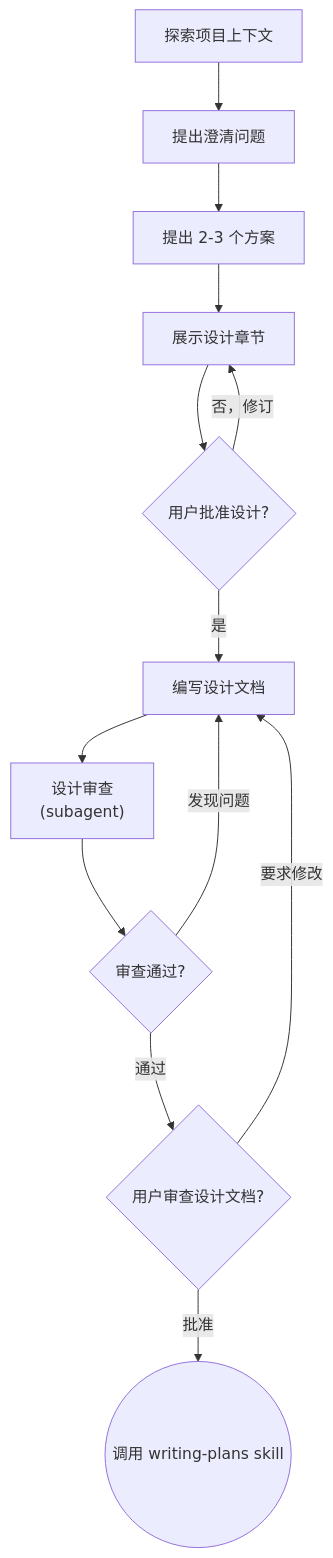
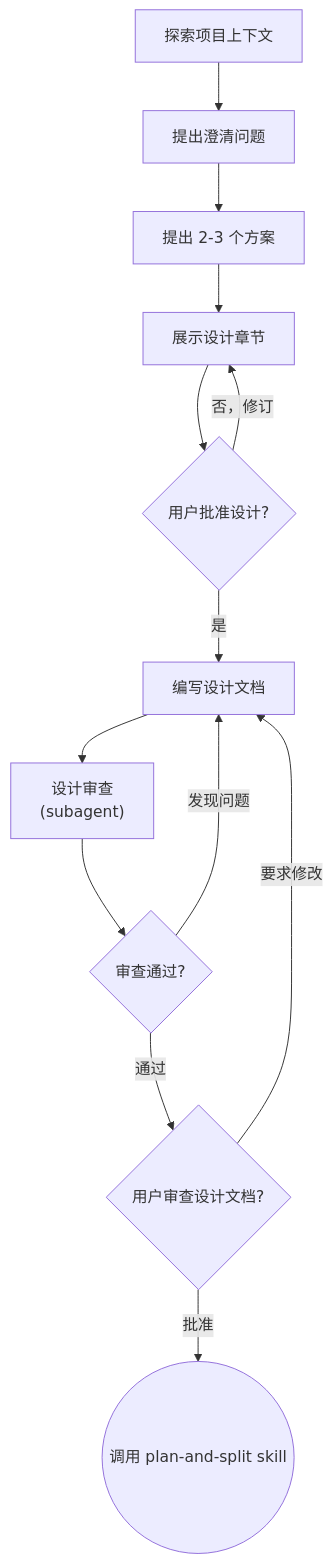
Before and after one commit to BaiduComate/mission-flow: the diagram in skills/think-and-design/SKILL.md, drawn with Mermaid. The commit also changed other lines of this file and 2 other files, not shown here.

Commit message:
ref: update plan-and-split

````diff
--- a/skills/think-and-design/SKILL.md
+++ b/skills/think-and-design/SKILL.md
@@ -86,15 +86,15 @@
 ```mermaid
 flowchart TD
     A[探索项目上下文] --> B[提出澄清问题]
     B --> C[提出 2-3 个方案]
     C --> D[展示设计章节]
     D --> E{用户批准设计?}
     E -->|"否，修订"| D
     E -->|是| F[编写设计文档]
     F --> G["设计审查<br/>(subagent)"]
     G --> G2{审查通过?}
     G2 -->|"发现问题"| F
     G2 -->|通过| H{用户审查设计文档?}
     H -->|"要求修改"| F
-    H -->|批准| I((调用 writing-plans skill))
+    H -->|批准| I((调用 plan-and-split skill))
 ```
````
